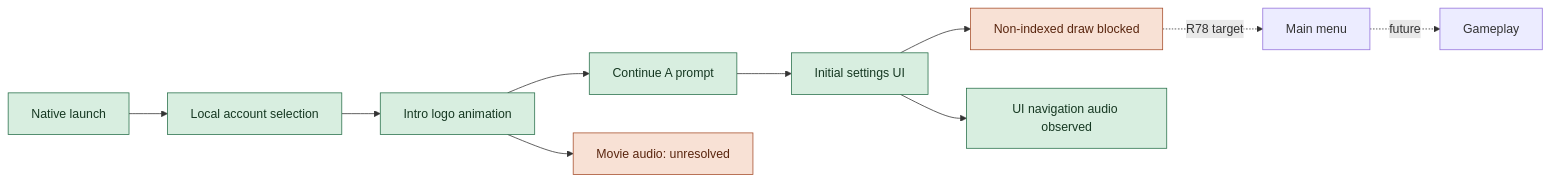
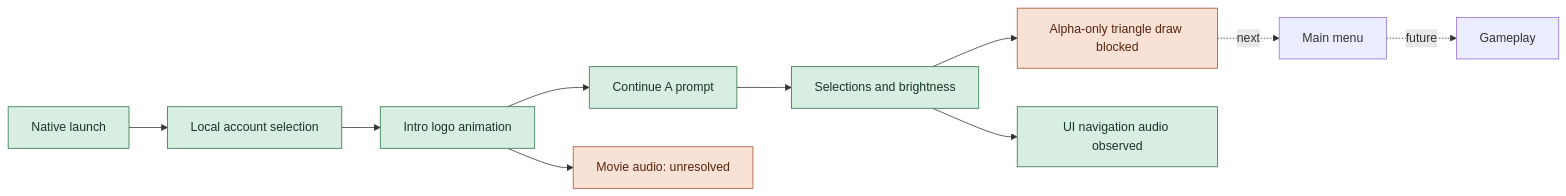
One commit to DBWilliamEngineering/IraRationis changed the first of 2 diagrams in README.md. Above: the diagram before and after it, drawn with Mermaid. The commit also changed other lines of this file and 431 other files, not shown here.

First line of the commit message:
Advance native startup past brightness settings

````diff
--- a/README.md
+++ b/README.md
@@ -59,16 +56,16 @@
 ```mermaid
 flowchart LR
     A[Native launch] --> B[Local account selection]
     B --> C[Intro logo animation]
     C --> D[Continue A prompt]
-    D --> E[Initial settings UI]
-    E --> F[Non-indexed draw blocked]
-    F -. R78 target .-> G[Main menu]
+    D --> E[Selections and brightness]
+    E --> F[Alpha-only triangle draw blocked]
+    F -. next .-> G[Main menu]
     G -. future .-> H[Gameplay]
     C --> I[Movie audio: unresolved]
     E --> J[UI navigation audio observed]
     classDef reached fill:#d8eee0,stroke:#28704a,color:#163822
     classDef blocked fill:#f8e1d5,stroke:#a64e2b,color:#59250e
     class A,B,C,D,E,J reached
     class F,I blocked
 ```
````
